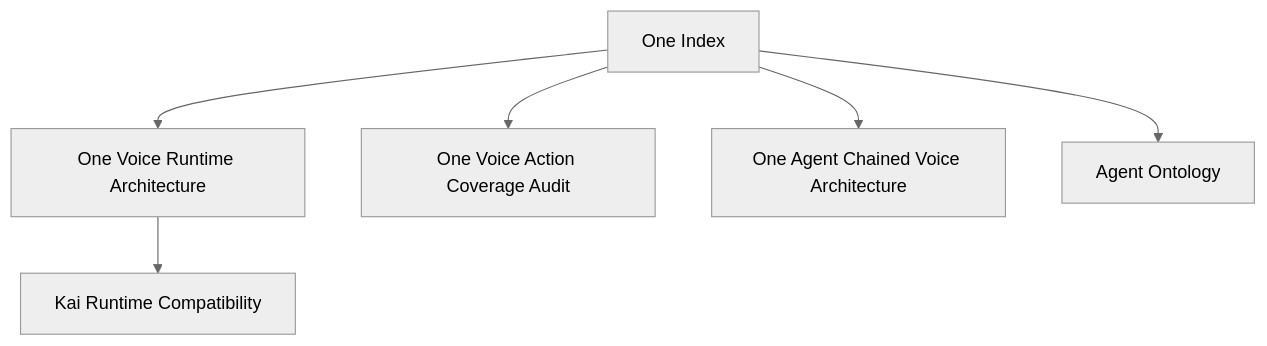
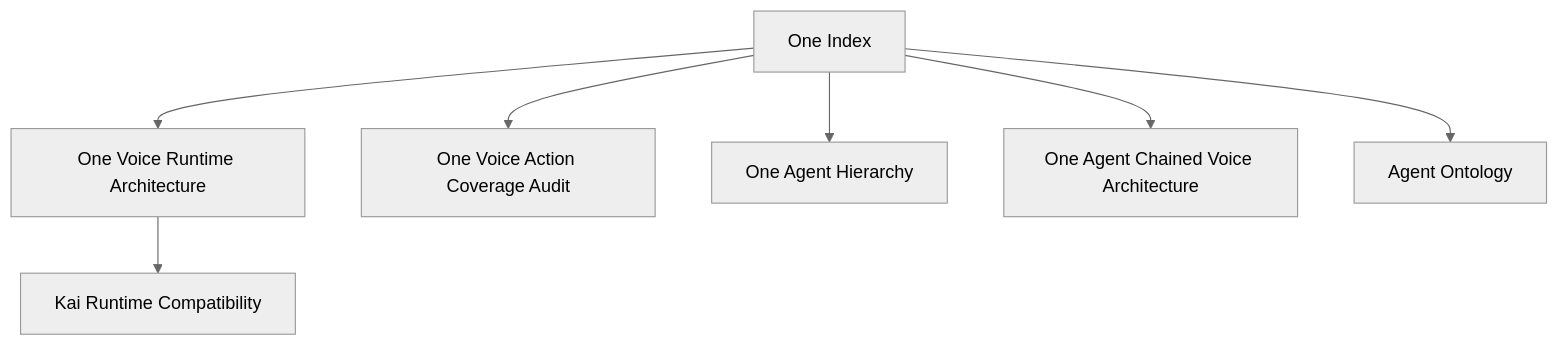
The diagram in docs/reference/one/README.md (hushh-labs/hushh-research), drawn with Mermaid (neutral theme) before and after one commit. The commit also changed other lines of this file and 113 other files, not shown here.

Commit message:
feat: align One agent hierarchy and profile routes

````diff
--- a/docs/reference/one/README.md
+++ b/docs/reference/one/README.md
@@ -5,15 +5,17 @@
 ```mermaid
 flowchart TD
   root["One Index"]
   voice["One Voice Runtime Architecture"]
   coverage["One Voice Action Coverage Audit"]
+  hierarchy["One Agent Hierarchy"]
   chain["One Agent Chained Voice Architecture"]
   kai["Kai Runtime Compatibility"]
   ontology["Agent Ontology"]
 
   root --> voice
   root --> coverage
+  root --> hierarchy
   root --> chain
   voice --> kai
   root --> ontology
 ```
````
